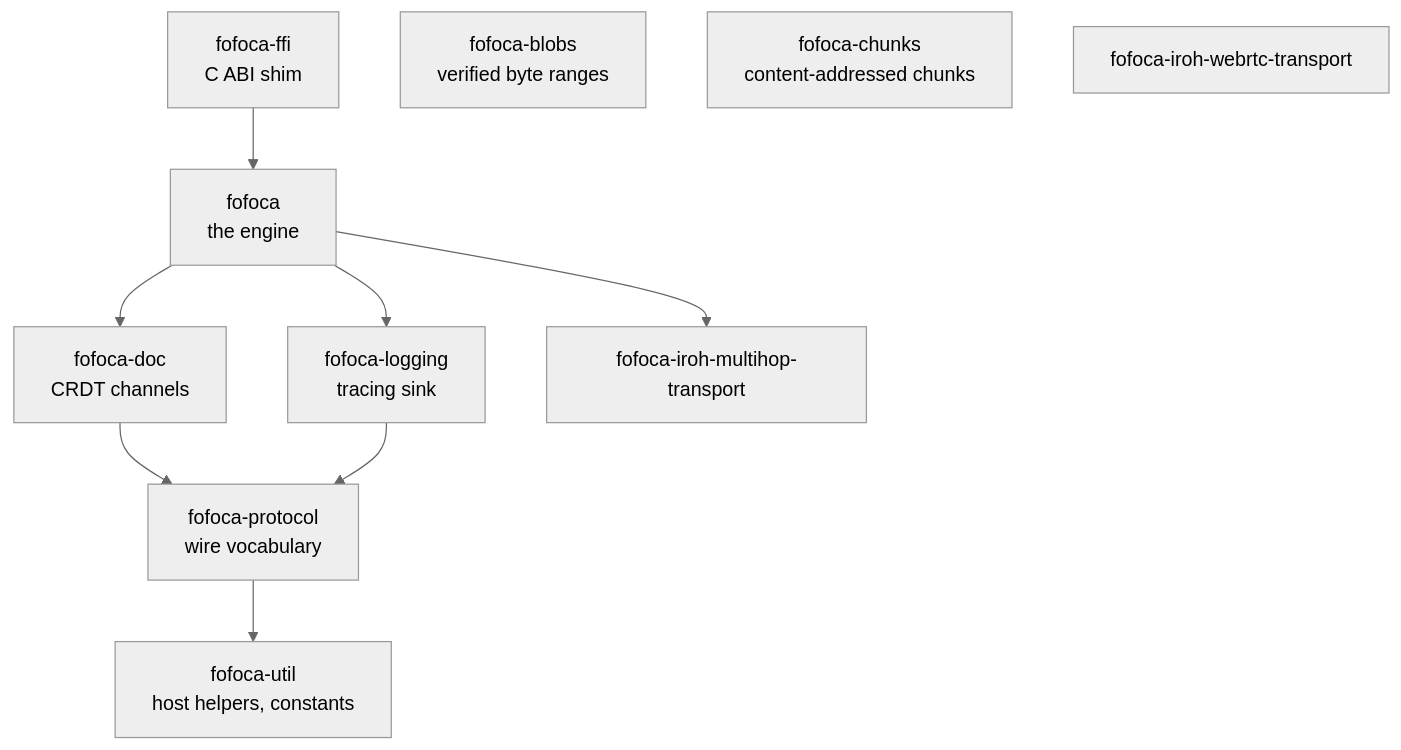
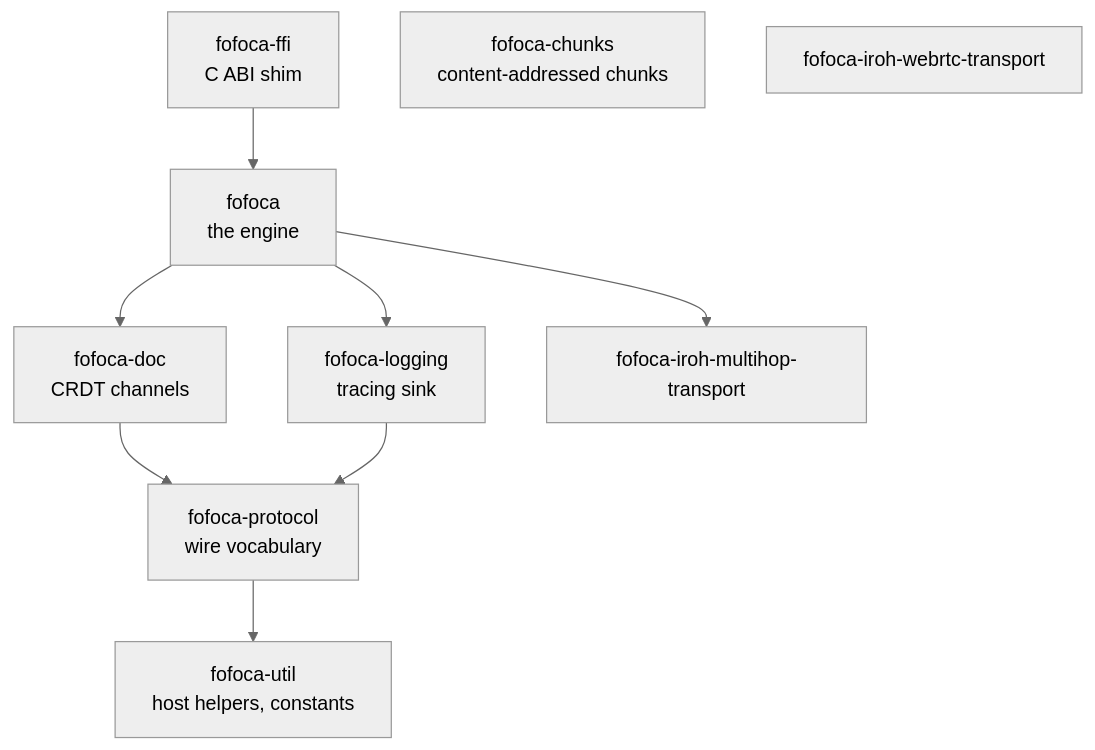
The second of 10 diagrams in docs/architecture.md (fofoca-network/fofoca), drawn with Mermaid (neutral theme) before and after one commit. The commit also changed other lines of this file and 25 other files, not shown here.

First line of the commit message:
refactor!: remove fofoca-blobs, replaced by fofoca-chunks

````diff
--- a/docs/architecture.md
+++ b/docs/architecture.md
@@ -89,13 +89,12 @@
 ```mermaid
 graph TD
     ffi["fofoca-ffi<br>C ABI shim"] --> engine
     engine["fofoca<br>the engine"] --> doc["fofoca-doc<br>CRDT channels"]
     engine --> logging["fofoca-logging<br>tracing sink"]
     engine --> mh["fofoca-iroh-multihop-transport"]
     doc --> proto["fofoca-protocol<br>wire vocabulary"]
     logging --> proto
     proto --> util["fofoca-util<br>host helpers, constants"]
-    blobs["fofoca-blobs<br>verified byte ranges"]
     chunks["fofoca-chunks<br>content-addressed chunks"]
     webrtc["fofoca-iroh-webrtc-transport"]
 ```
````
